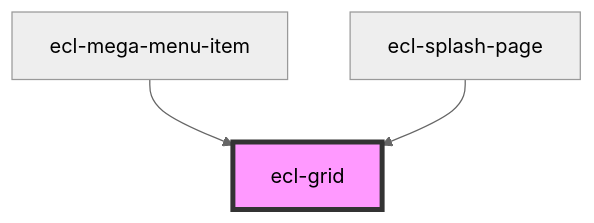
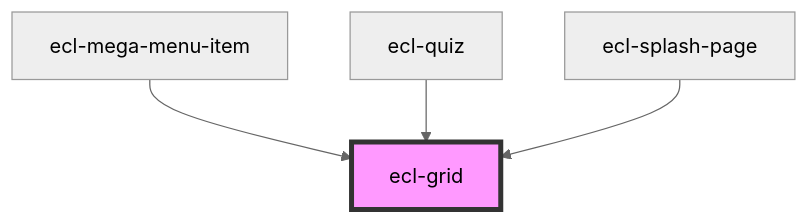
Before and after one commit to ec-europa/ecl-webcomponents: the diagram in src/components/ecl-grid/readme.md, drawn with Mermaid (neutral theme). The commit also changed other lines of this file and 14 other files, not shown here.

````diff
--- a/src/components/ecl-grid/readme.md
+++ b/src/components/ecl-grid/readme.md
@@ -28,6 +29,7 @@
 ```mermaid
 graph TD;
   ecl-mega-menu-item --> ecl-grid
+  ecl-quiz --> ecl-grid
   ecl-splash-page --> ecl-grid
   style ecl-grid fill:#f9f,stroke:#333,stroke-width:4px
 ```
````
